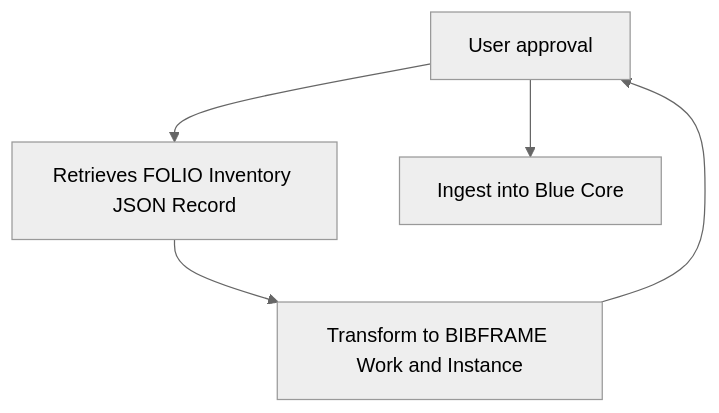
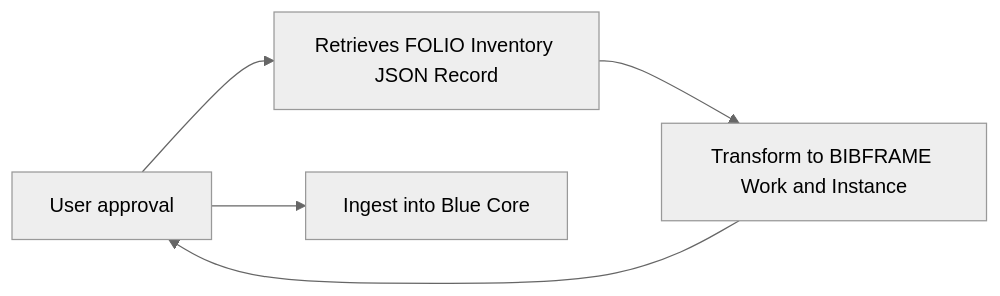
Before and after one commit to jermnelson/tech-services-ai-workflow: the diagram in README.md, drawn with Mermaid (neutral theme).

Commit message:
Fix formatting in README.md for workflow diagram

````diff
--- a/README.md
+++ b/README.md
@@ -25,7 +25,7 @@
 ```mermaid
-flowchart TD
+flowchart LR
    USER[User enters FOLIO Instance UUID or HRID] --> FOLIO[Retrieves FOLIO Inventory JSON Record]
    FOLIO --> BFTRANSFORM[Transform to BIBFRAME Work and Instance]
    BFTRANSFORM --> USER[User approval]
    USER --> BC_MCP[Ingest into Blue Core]
 ```
````
